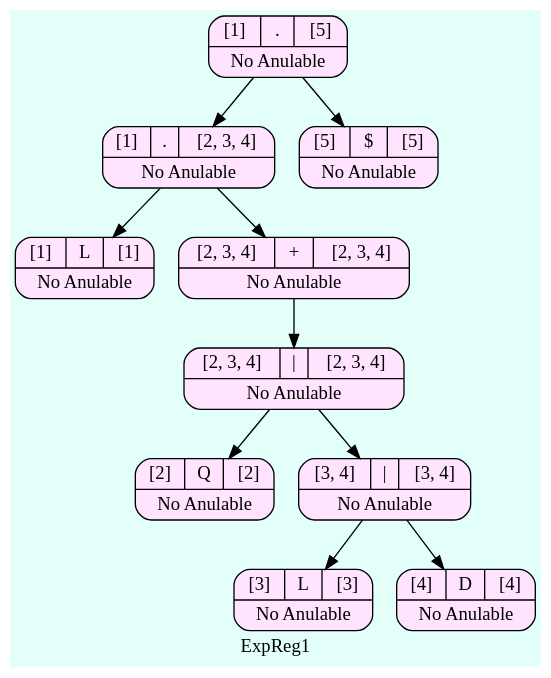
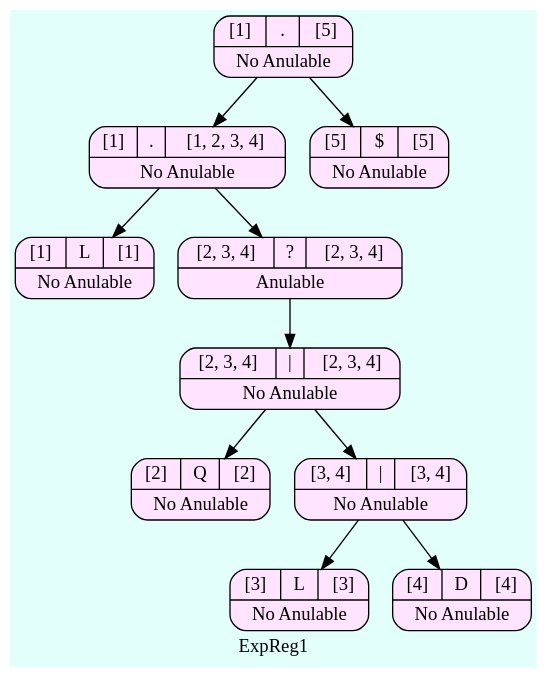
One commit to SergieArizandieta/OLC1-P1-202000119 changed the diagram in ARBOLES_202000119/Arbol_ExpReg1.dot. Above: the diagram before and after it, drawn with Graphviz. The commit also changed 13 other files, not shown here.

```diff
--- a/ARBOLES_202000119/Arbol_ExpReg1.dot
+++ b/ARBOLES_202000119/Arbol_ExpReg1.dot
@@ -1,25 +1,25 @@
 digraph structs {
   bgcolor = "#E3FFFA"
    node [shape=Mrecord fillcolor="#FFE3FF" style =filled];
 label ="ExpReg1"
-    struct1606292114    [label="{{[1]|<here>.|[5]}|No Anulable}"];
-    struct1606292114-> struct733035231
-    struct733035231    [label="{{[1]|<here>.|[2, 3, 4]}|No Anulable}"];
-    struct733035231-> struct613896273
-    struct613896273    [label="{{[1]|<here>L|[1]}|No Anulable}"];
-    struct733035231-> struct1065400592
-    struct1065400592    [label="{{[2, 3, 4]|<here>+|[2, 3, 4]}|No Anulable}"];
-    struct1065400592-> struct268764912
-    struct268764912    [label="{{[2, 3, 4]|<here>\||[2, 3, 4]}|No Anulable}"];
-    struct268764912-> struct851485165
-    struct851485165    [label="{{[2]|<here>Q|[2]}|No Anulable}"];
-    struct268764912-> struct743143996
-    struct743143996    [label="{{[3, 4]|<here>\||[3, 4]}|No Anulable}"];
-    struct743143996-> struct381226652
-    struct381226652    [label="{{[3]|<here>L|[3]}|No Anulable}"];
-    struct743143996-> struct783525949
-    struct783525949    [label="{{[4]|<here>D|[4]}|No Anulable}"];
-    struct1606292114-> struct432782287
-    struct432782287    [label="{{[5]|<here>$|[5]}|No Anulable}"];
+    struct1050429406    [label="{{[1]|<here>.|[5]}|No Anulable}"];
+    struct1050429406-> struct319100097
+    struct319100097    [label="{{[1]|<here>.|[1, 2, 3, 4]}|No Anulable}"];
+    struct319100097-> struct2027533399
+    struct2027533399    [label="{{[1]|<here>L|[1]}|No Anulable}"];
+    struct319100097-> struct738689164
+    struct738689164    [label="{{[2, 3, 4]|<here>?|[2, 3, 4]}|Anulable}"];
+    struct738689164-> struct1895399525
+    struct1895399525    [label="{{[2, 3, 4]|<here>\||[2, 3, 4]}|No Anulable}"];
+    struct1895399525-> struct1264656807
+    struct1264656807    [label="{{[2]|<here>Q|[2]}|No Anulable}"];
+    struct1895399525-> struct2117029776
+    struct2117029776    [label="{{[3, 4]|<here>\||[3, 4]}|No Anulable}"];
+    struct2117029776-> struct1857860409
+    struct1857860409    [label="{{[3]|<here>L|[3]}|No Anulable}"];
+    struct2117029776-> struct1383787555
+    struct1383787555    [label="{{[4]|<here>D|[4]}|No Anulable}"];
+    struct1050429406-> struct282366930
+    struct282366930    [label="{{[5]|<here>$|[5]}|No Anulable}"];
 
 }
```
